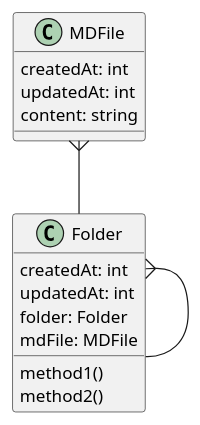
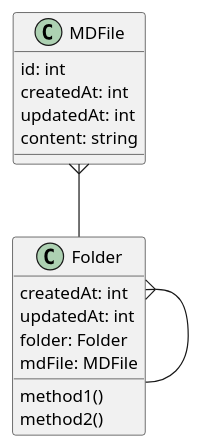
The diagram in model.puml (Kate941-su/memodot), drawn with PlantUML before and after one commit. The commit also changed 13 other files, not shown here.

```diff
--- a/model.puml
+++ b/model.puml
@@ -1,20 +1,21 @@
 @startuml
 class Folder {
  createdAt: int
  updatedAt: int
  folder: Folder
  mdFile: MDFile
  method1()
  method2()
 }
 
 class MDFile {
+  id: int
   createdAt: int
   updatedAt: int
   content: string
 }
 
 MDFile }-- Folder
 Folder }-- Folder
 
 @enduml
```
